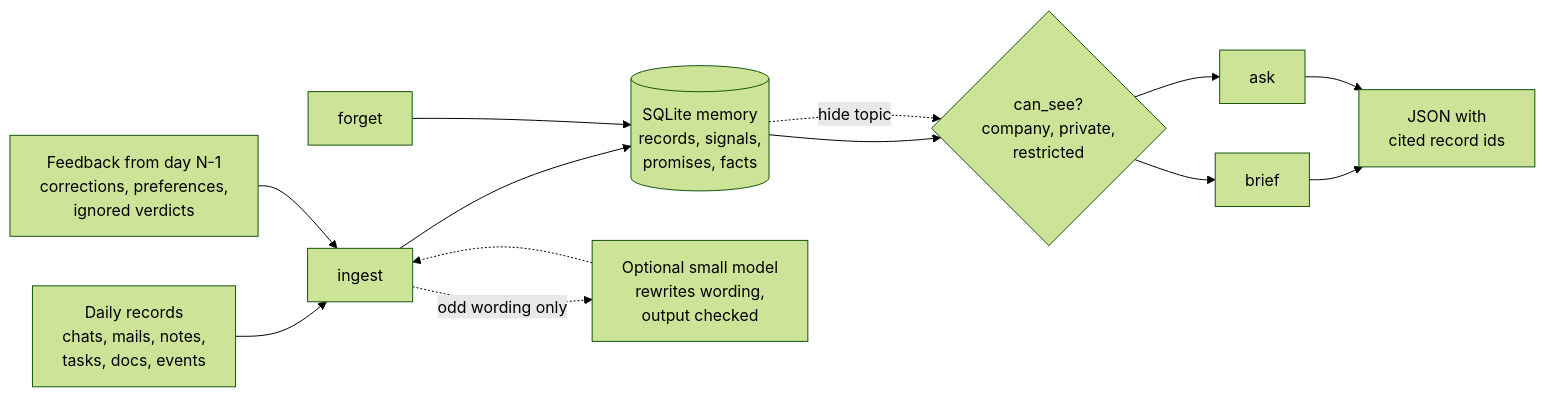
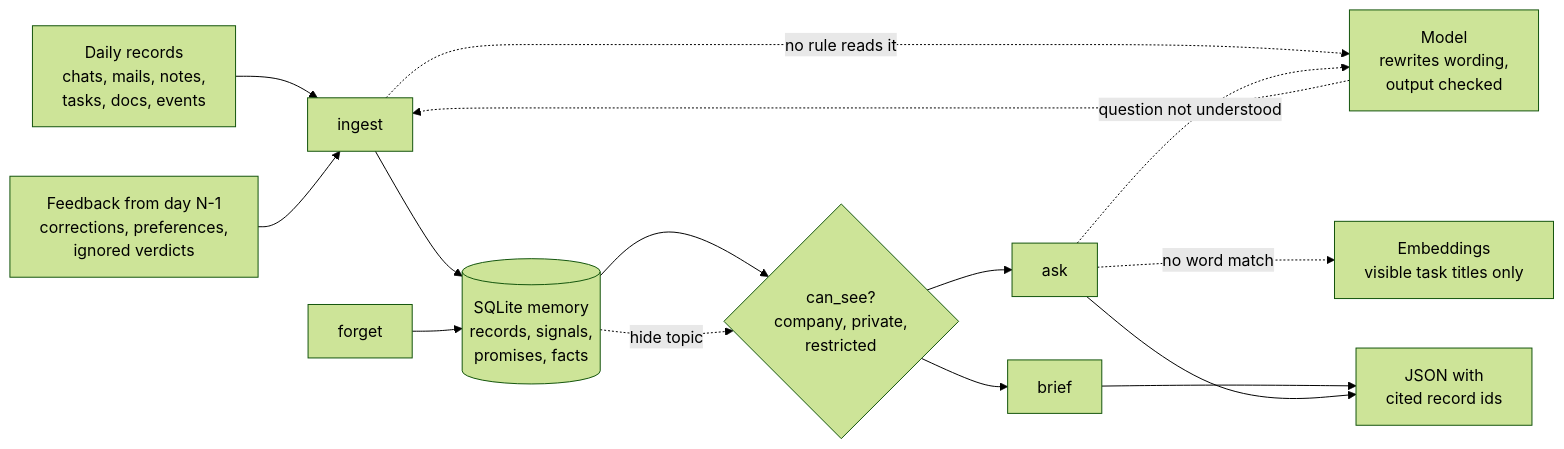
The diagram in DESIGN_NOTE.md (Soumyaa2005/work-assistant), drawn with Mermaid (forest theme) before and after one commit. The commit also changed other lines of this file and 1 other file, not shown here.

Commit message:
Update design note for model fallback and embeddings

````diff
--- a/DESIGN_NOTE.md
+++ b/DESIGN_NOTE.md
@@ -32,17 +38,19 @@
 ```mermaid
 flowchart LR
     A[Daily records<br/>chats, mails, notes,<br/>tasks, docs, events] --> B[ingest]
     B --> C[(SQLite memory<br/>records, signals,<br/>promises, facts)]
     F[Feedback from day N-1<br/>corrections, preferences,<br/>ignored verdicts] --> B
-    B -. odd wording only .-> M[Optional small model<br/>rewrites wording,<br/>output checked]
+    B -. no rule reads it .-> M[Model<br/>rewrites wording,<br/>output checked]
     M -.-> B
 
     C --> V{can_see?<br/>company, private,<br/>restricted}
     V --> BR[brief]
     V --> AS[ask]
+    AS -. question not understood .-> M
+    AS -. no word match .-> E[Embeddings<br/>visible task titles only]
     BR --> O[JSON with<br/>cited record ids]
     AS --> O
 
     U[forget] --> C
     C -.->|hide topic| V
 ```
````
